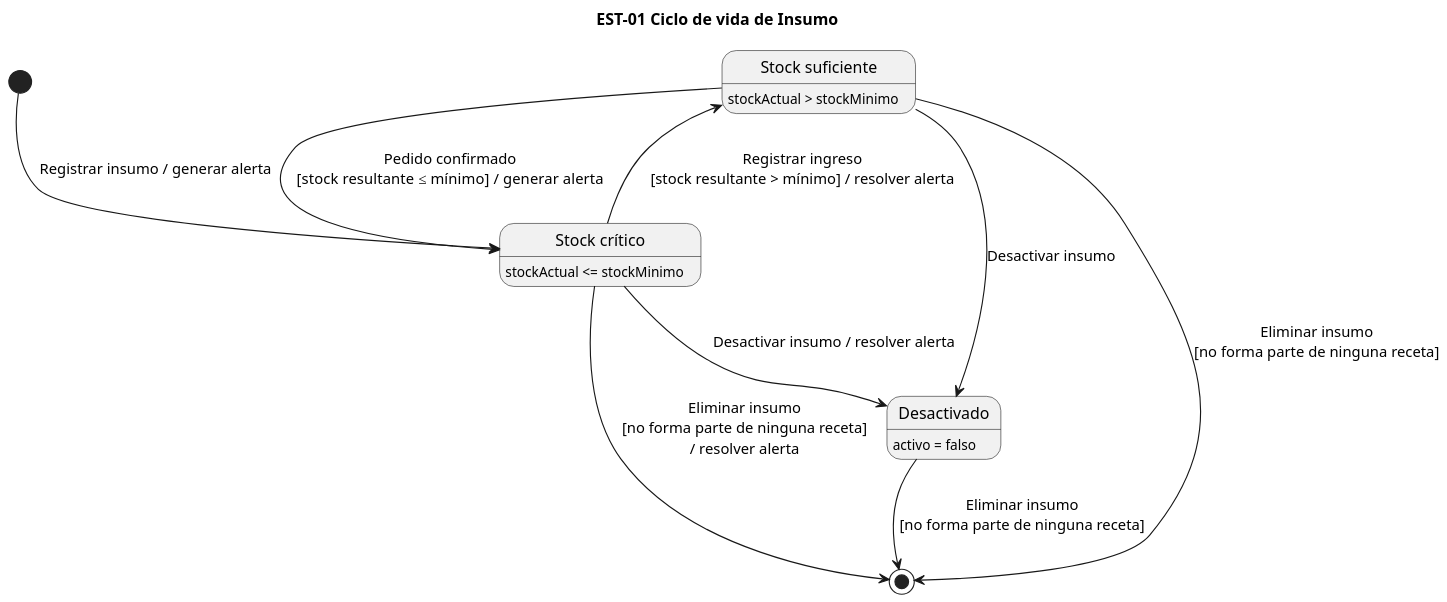
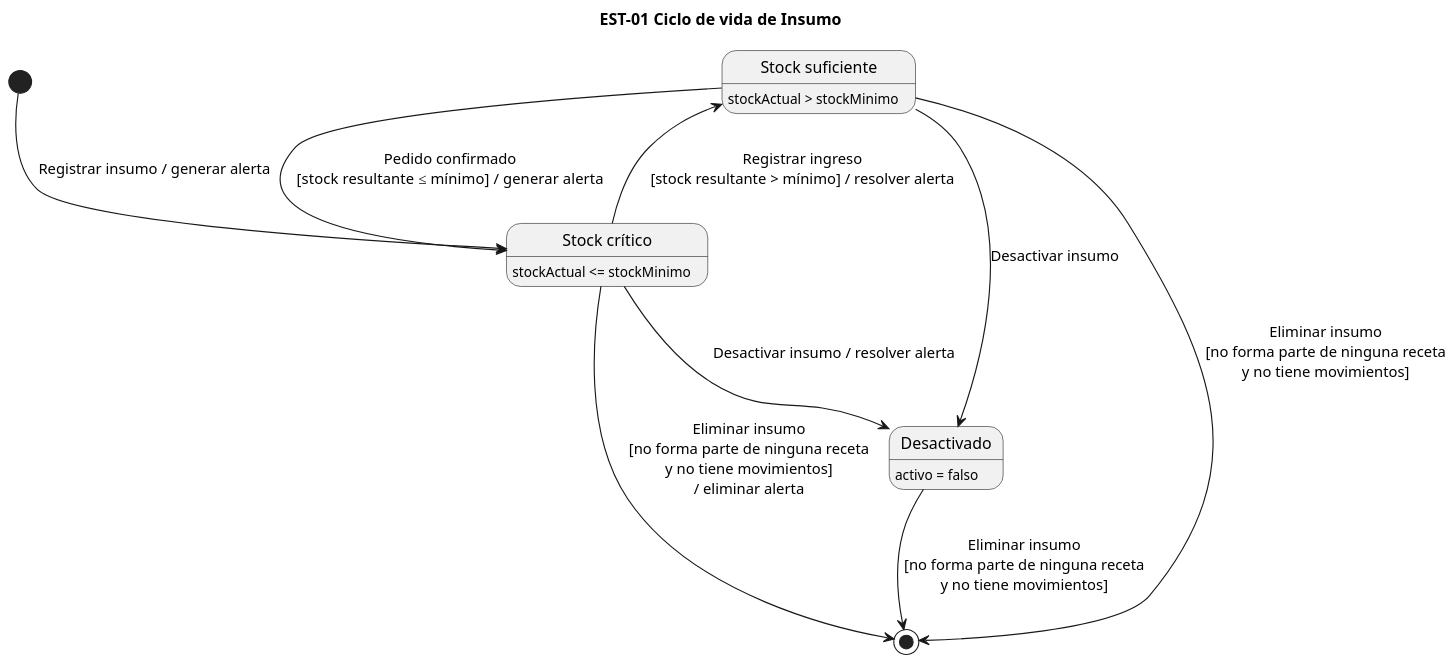
The diagram in diagramas/est-01.puml (lambtto/Gestor-Inventario-Brookie), drawn with PlantUML before and after one commit. The commit also changed 21 other files, not shown here.

First line of the commit message:
Correcciones de coherencia entre artefactos y diagramas

```diff
--- a/diagramas/est-01.puml
+++ b/diagramas/est-01.puml
@@ -1,20 +1,20 @@
 @startuml est-01
 title EST-01 Ciclo de vida de Insumo
 skinparam dpi 140
 state "Stock suficiente" as Suf
 state "Stock crítico" as Cri
 state "Desactivado" as Des
 
 Suf : stockActual > stockMinimo
 Cri : stockActual <= stockMinimo
 Des : activo = falso
 
 [*] --> Cri : Registrar insumo / generar alerta
 Suf --> Cri : Pedido confirmado\n[stock resultante ≤ mínimo] / generar alerta
 Cri --> Suf : Registrar ingreso\n[stock resultante > mínimo] / resolver alerta
 Suf --> Des : Desactivar insumo
 Cri --> Des : Desactivar insumo / resolver alerta
-Suf --> [*] : Eliminar insumo\n[no forma parte de ninguna receta]
-Cri --> [*] : Eliminar insumo\n[no forma parte de ninguna receta]\n/ resolver alerta
-Des --> [*] : Eliminar insumo\n[no forma parte de ninguna receta]
+Suf --> [*] : Eliminar insumo\n[no forma parte de ninguna receta\ny no tiene movimientos]
+Cri --> [*] : Eliminar insumo\n[no forma parte de ninguna receta\ny no tiene movimientos]\n/ eliminar alerta
+Des --> [*] : Eliminar insumo\n[no forma parte de ninguna receta\ny no tiene movimientos]
 @enduml
```
